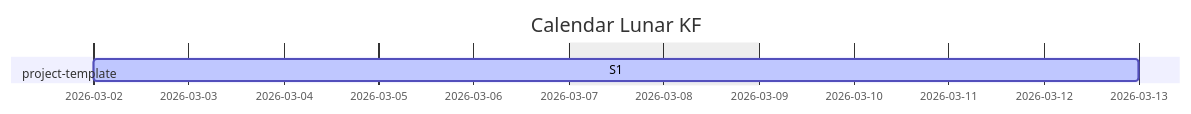
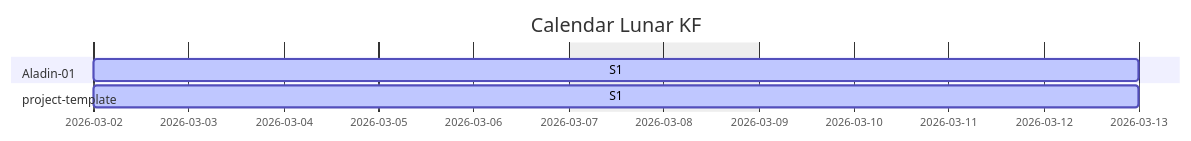
The second of 2 diagrams in docs/unified-calendar.md (Katty-Fashion/kf-cpto), drawn with Mermaid before and after one commit. The commit also changed other lines of this file and 4 other files, not shown here.

````diff
--- a/docs/unified-calendar.md
+++ b/docs/unified-calendar.md
@@ -22,9 +22,11 @@
 ```mermaid
 gantt
     title Calendar Lunar KF
     dateFormat YYYY-MM-DD
     excludes weekends
 
+    section Aladin-01
+    S1 :active, 2026-03-02, 2026-03-13
     section project-template
     S1 :active, 2026-03-02, 2026-03-13
 ```
````
